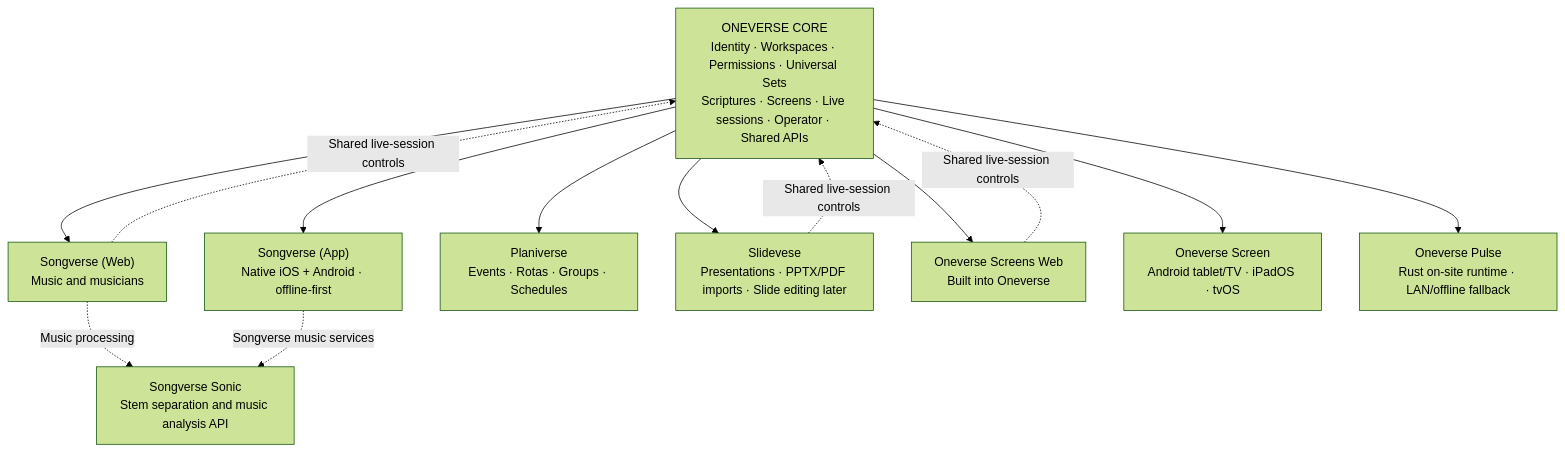
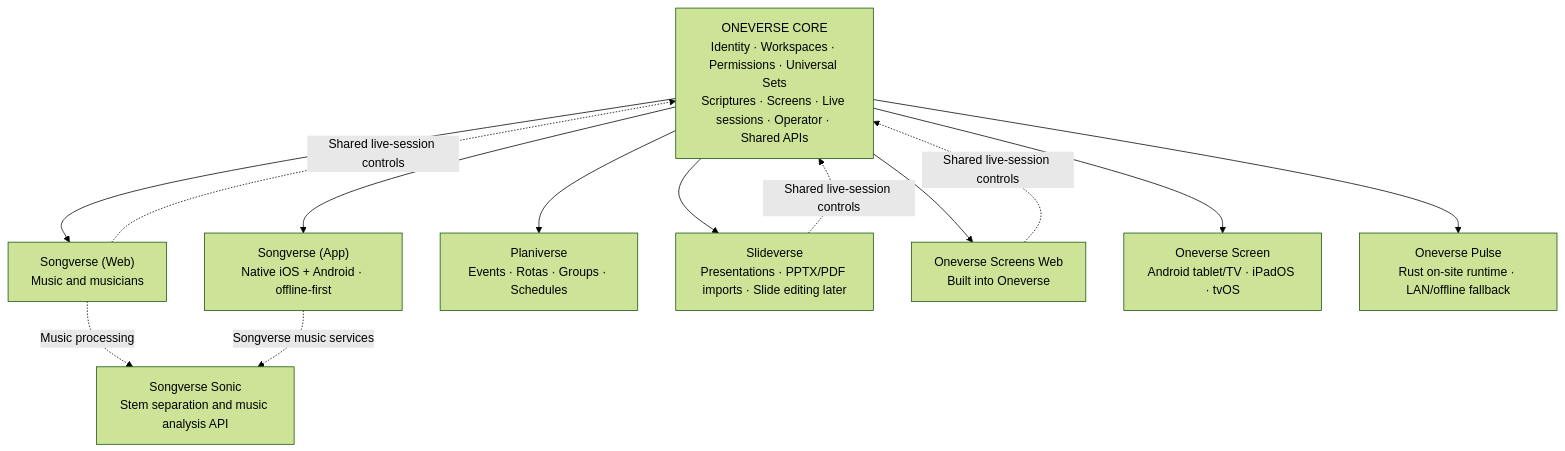
The diagram in docs/oneverse-architecture.md (Vulcio/Oneverse), drawn with Mermaid (forest theme) before and after one commit. The commit also changed other lines of this file and 1 other file, not shown here.

First line of the commit message:
The presentation app is Slideverse

````diff
--- a/docs/oneverse-architecture.md
+++ b/docs/oneverse-architecture.md
@@ -22,17 +22,17 @@
 ```mermaid
 flowchart TB
   CORE["ONEVERSE CORE<br/>Identity · Workspaces · Permissions · Universal Sets<br/>Scriptures · Screens · Live sessions · Operator · Shared APIs"]
   S["Songverse (Web)<br/>Music and musicians"]
   SA["Songverse (App)<br/>Native iOS + Android · offline-first"]
   P["Planiverse<br/>Events · Rotas · Groups · Schedules"]
-  SL["Slidevese<br/>Presentations · PPTX/PDF imports · Slide editing later"]
+  SL["Slideverse<br/>Presentations · PPTX/PDF imports · Slide editing later"]
   SO["Songverse Sonic<br/>Stem separation and music analysis API"]
   SW["Oneverse Screens Web<br/>Built into Oneverse"]
   SN["Oneverse Screen<br/>Android tablet/TV · iPadOS · tvOS"]
   PLAYER["Oneverse Pulse<br/>Rust on-site runtime · LAN/offline fallback"]
   CORE --> S & SA & P & SL
   CORE --> SW & SN & PLAYER
   S -. "Music processing" .-> SO
   SA -. "Songverse music services" .-> SO
   S & SL & SW -. "Shared live-session controls" .-> CORE
 ```
````
